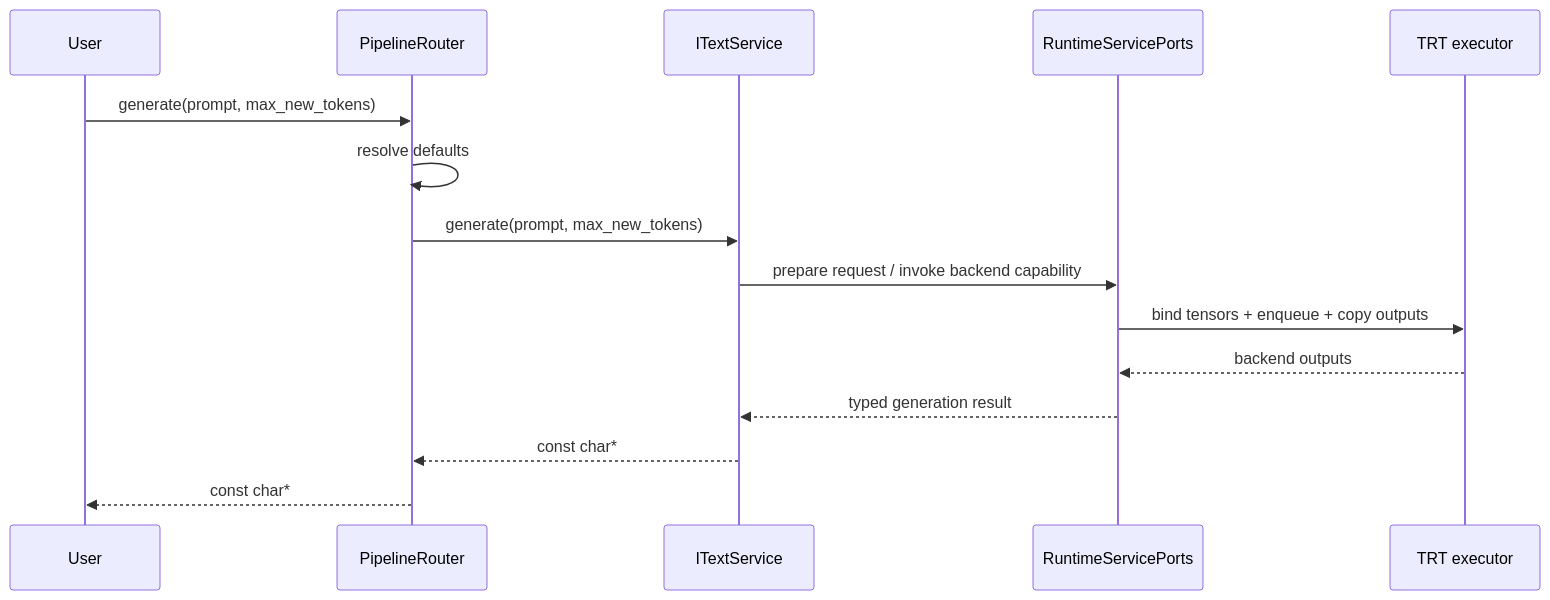
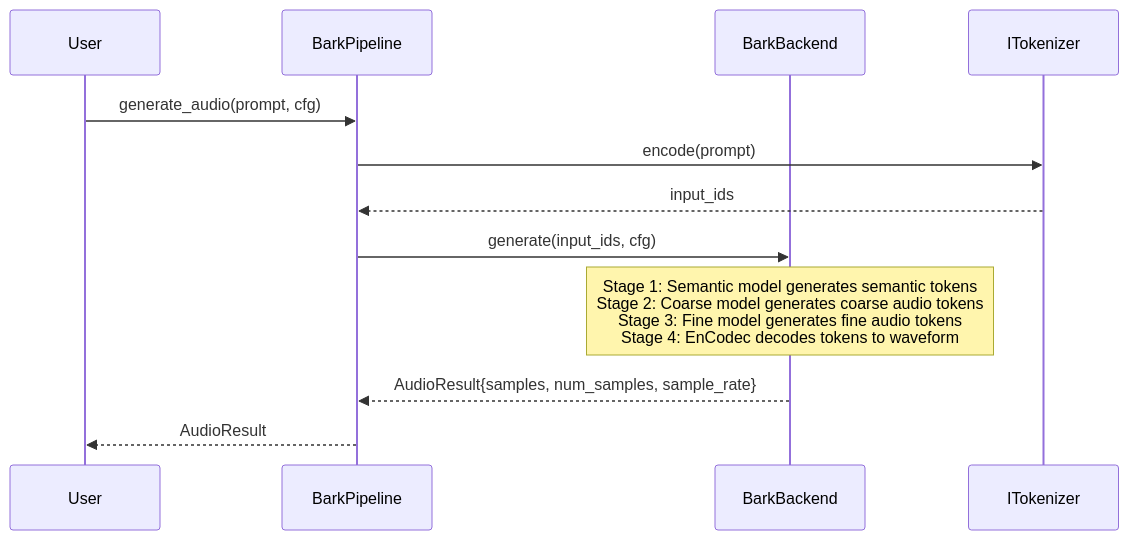
One commit to AbishekCoder1/TensorRT-Model-Connect changed the seventh of 8 diagrams in docs/wiki/Dynamic-Design.md. Above: the diagram before and after it, drawn with Mermaid. The commit also changed other lines of this file and 146 other files, not shown here.

````diff
--- a/docs/wiki/Dynamic-Design.md
+++ b/docs/wiki/Dynamic-Design.md
@@ -53,18 +329,15 @@
 ```mermaid
 sequenceDiagram
     participant User
-    participant Router as PipelineRouter
-    participant Text as ITextService
-    participant Ports as RuntimeServicePorts
-    participant Exec as TRT executor
+    participant BP as BarkPipeline
+    participant Backend as BarkBackend
+    participant Tok as ITokenizer
 
-    User->>Router: generate(prompt, max_new_tokens)
-    Router->>Router: resolve defaults
-    Router->>Text: generate(prompt, max_new_tokens)
-    Text->>Ports: prepare request / invoke backend capability
-    Ports->>Exec: bind tensors + enqueue + copy outputs
-    Exec-->>Ports: backend outputs
-    Ports-->>Text: typed generation result
-    Text-->>Router: const char*
-    Router-->>User: const char*
+    User->>BP: generate_audio(prompt, cfg)
+    BP->>Tok: encode(prompt)
+    Tok-->>BP: input_ids
+    BP->>Backend: generate(input_ids, cfg)
+    Note over Backend: Stage 1: Semantic model generates semantic tokens<br/>Stage 2: Coarse model generates coarse audio tokens<br/>Stage 3: Fine model generates fine audio tokens<br/>Stage 4: EnCodec decodes tokens to waveform
+    Backend-->>BP: AudioResult{samples, num_samples, sample_rate}
+    BP-->>User: AudioResult
 ```
````
